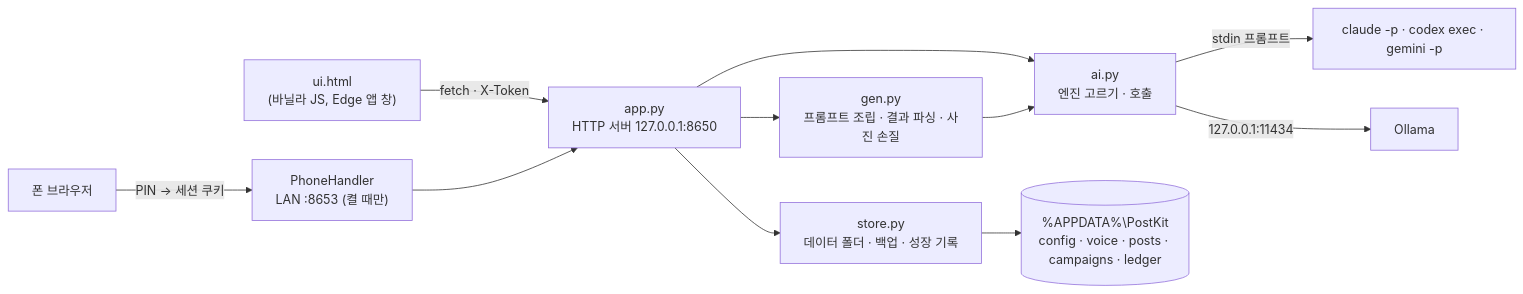
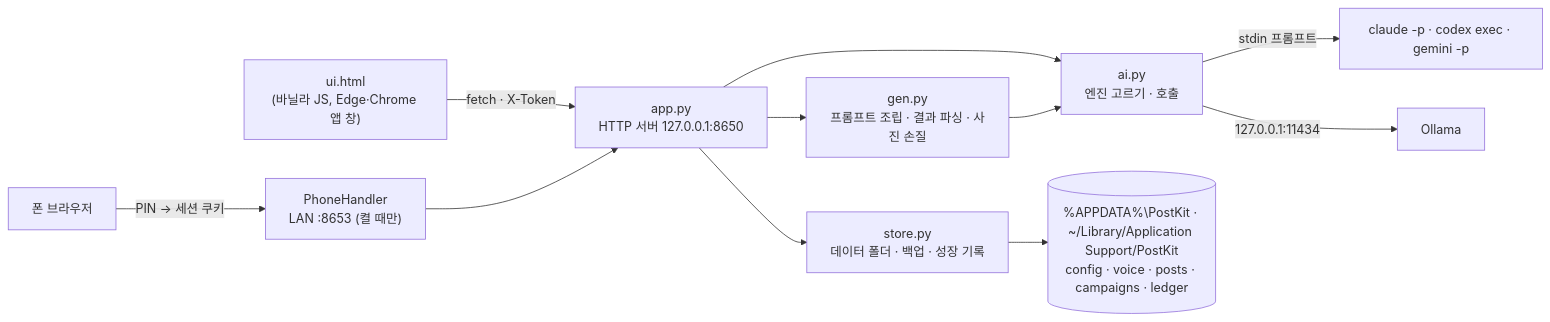
Before and after one commit to smh86278-stack/swbins-kit2: the diagram in README.md, drawn with Mermaid. The commit also changed other lines of this file and 13 other files, not shown here.

First line of the commit message:
맥 지원: PostKit.app 빌드 · OS 별 데이터 자리·앱 창·폴더 고르기·CLI 찾기 · CI 에 macos 시험·빌드·스모크

````diff
--- a/README.md
+++ b/README.md
@@ -79,13 +92,13 @@
 ```mermaid
 flowchart LR
-  UI["ui.html<br/>(바닐라 JS, Edge 앱 창)"] -- "fetch · X-Token" --> APP["app.py<br/>HTTP 서버 127.0.0.1:8650"]
+  UI["ui.html<br/>(바닐라 JS, Edge·Chrome 앱 창)"] -- "fetch · X-Token" --> APP["app.py<br/>HTTP 서버 127.0.0.1:8650"]
   PHONE["폰 브라우저"] -- "PIN → 세션 쿠키" --> PH["PhoneHandler<br/>LAN :8653 (켤 때만)"]
   PH --> APP
   APP --> GEN["gen.py<br/>프롬프트 조립 · 결과 파싱 · 사진 손질"]
   APP --> AI["ai.py<br/>엔진 고르기 · 호출"]
   GEN --> AI
   AI -- "stdin 프롬프트" --> CLI["claude -p · codex exec · gemini -p"]
   AI -- "127.0.0.1:11434" --> OLL["Ollama"]
   APP --> STORE["store.py<br/>데이터 폴더 · 백업 · 성장 기록"]
-  STORE --> DATA[("%APPDATA%\PostKit<br/>config · voice · posts · campaigns · ledger")]
+  STORE --> DATA[("%APPDATA%\PostKit · ~/Library/Application Support/PostKit<br/>config · voice · posts · campaigns · ledger")]
 ```
````
